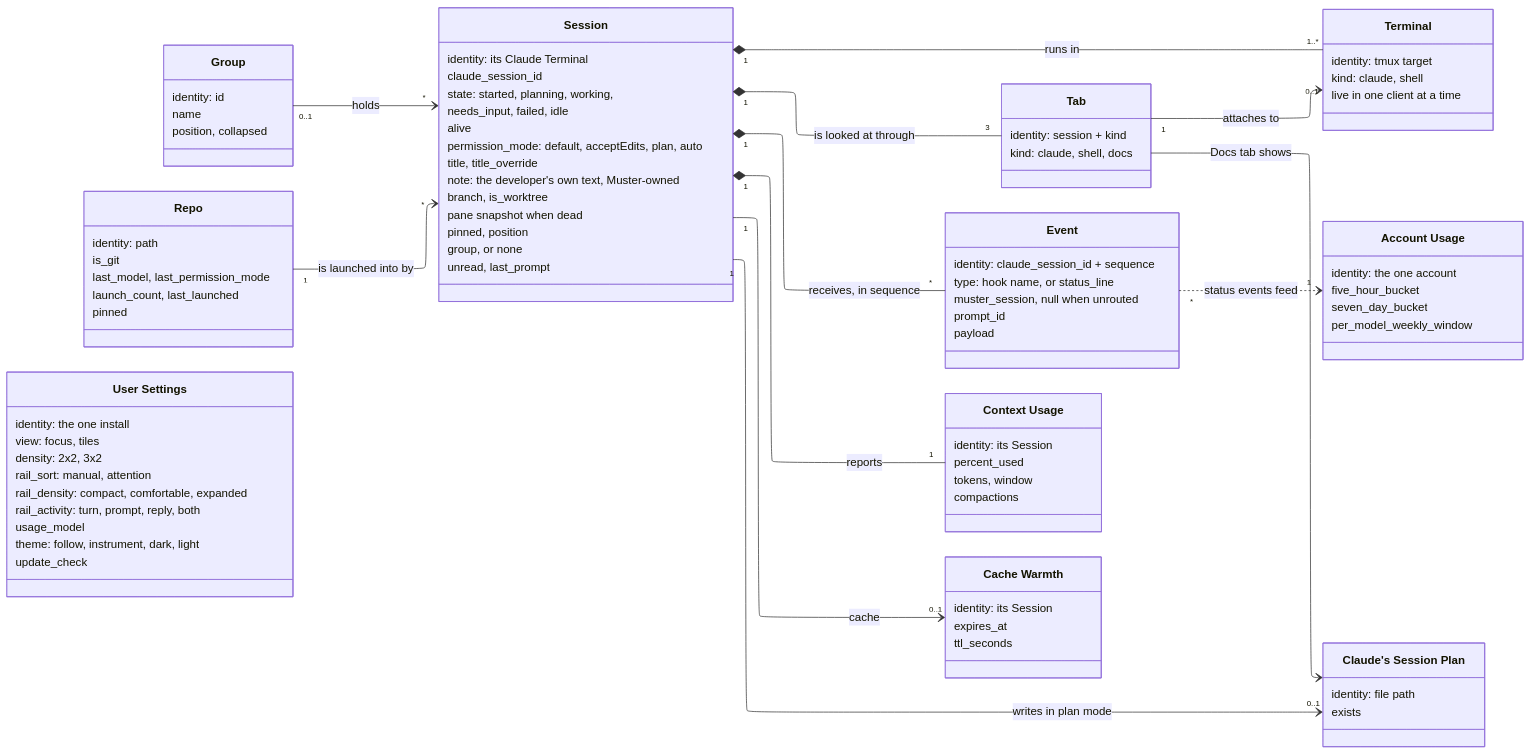
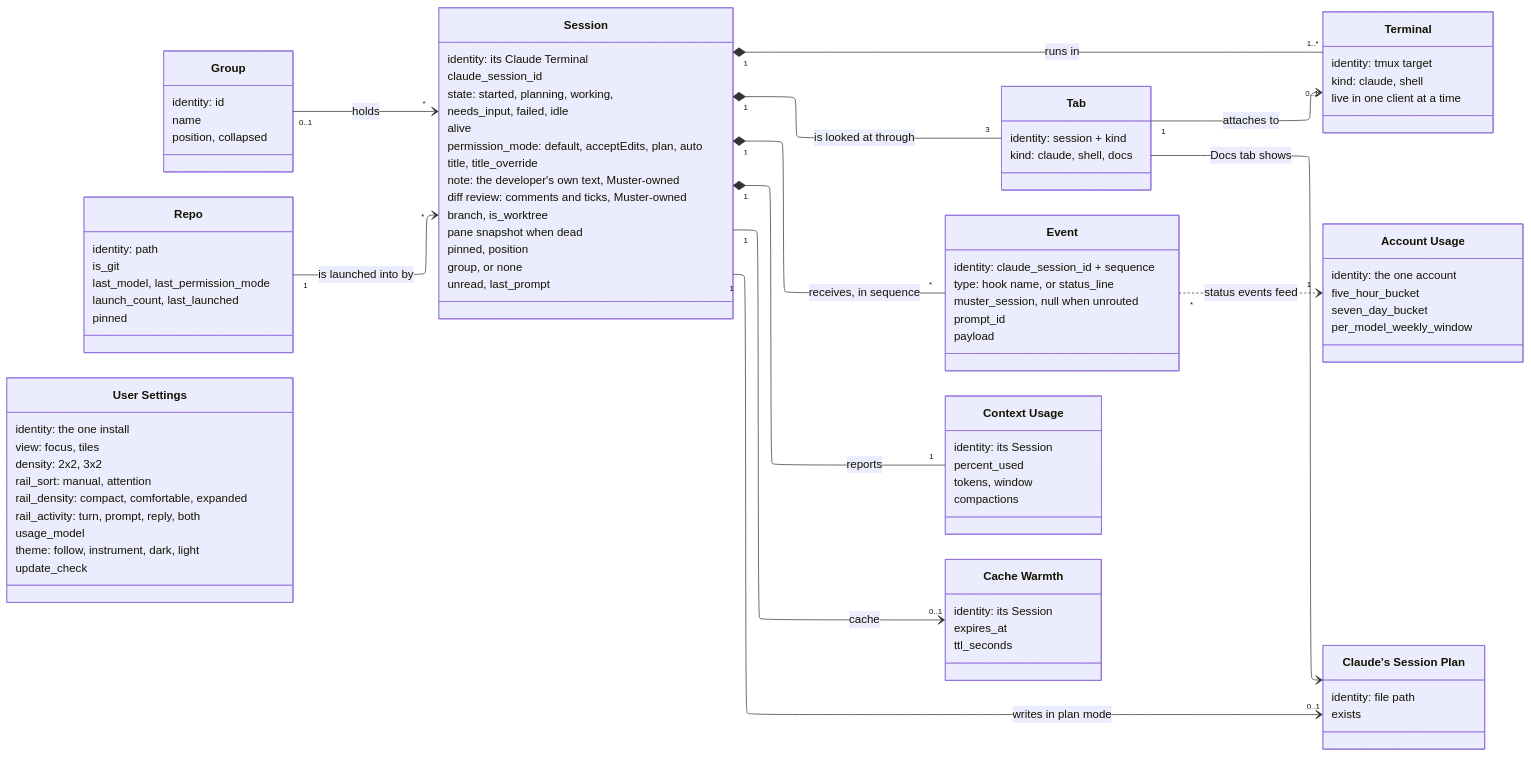
The diagram in docs/diagrams/domain-model.md (Zalaras/muster), drawn with Mermaid before and after one commit. The commit also changed other lines of this file and 157 other files, not shown here.

First line of the commit message:
feat(diff): view a session's code diff with comments and review ticks

```diff
--- a/docs/diagrams/domain-model.md
+++ b/docs/diagrams/domain-model.md
@@ -44,6 +44,7 @@
         permission_mode: default, acceptEdits, plan, auto
         title, title_override
         note: the developer's own text, Muster-owned
+        diff review: comments and ticks, Muster-owned
         branch, is_worktree
         pane snapshot when dead
         pinned, position
```
